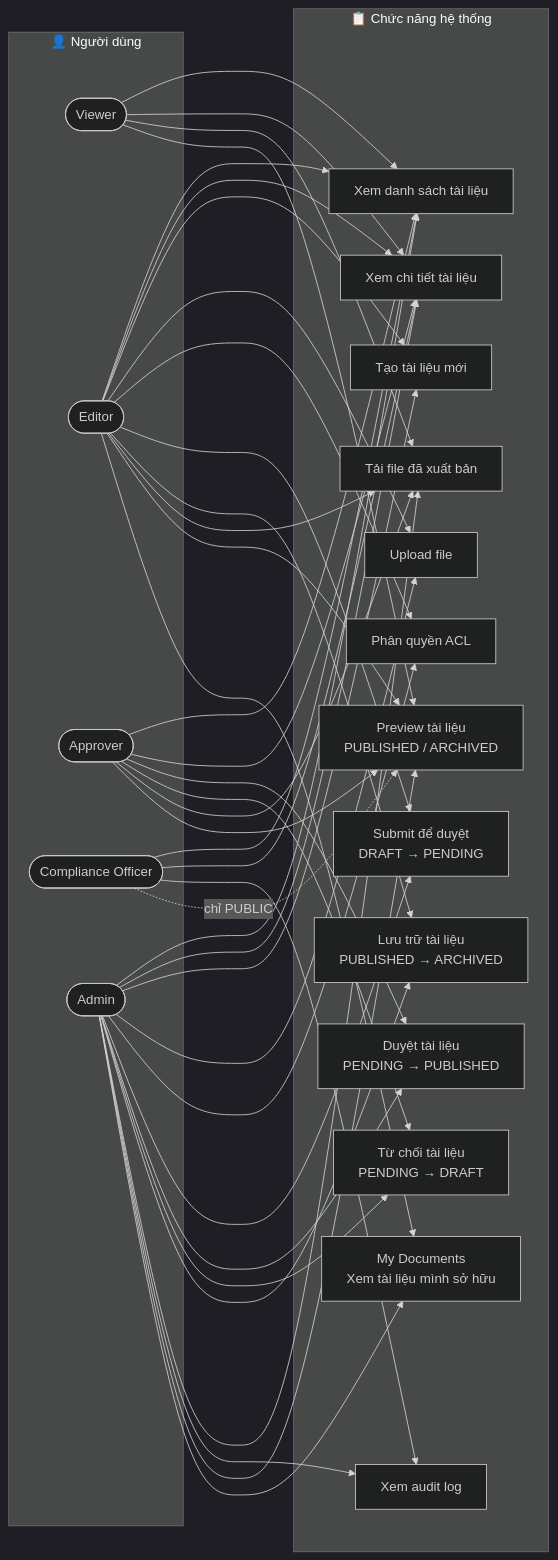
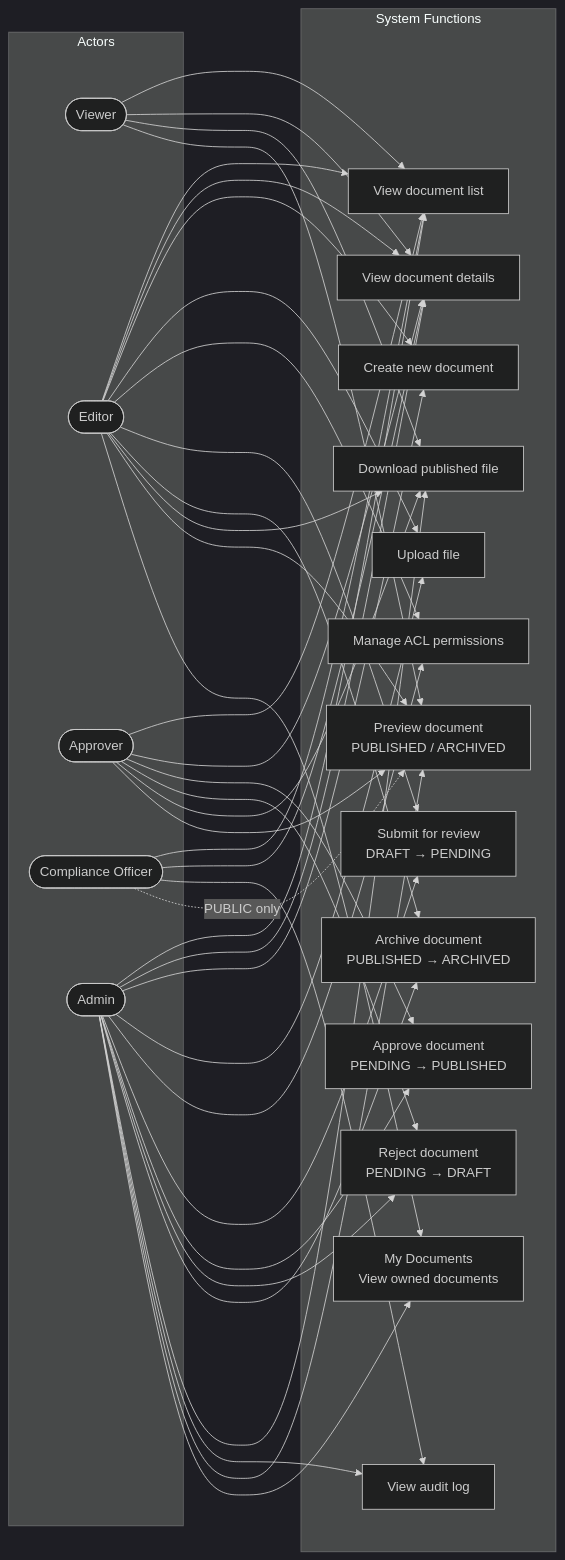
One commit to daithang59/docvault changed the third of 3 diagrams in README.md. Above: the diagram before and after it, drawn with Mermaid (dark theme). The commit also changed other lines of this file and 44 other files, not shown here.

````diff
--- a/README.md
+++ b/README.md
@@ -79,68 +79,68 @@
 ```mermaid
 flowchart LR
-    subgraph ACTORS["👤 Người dùng"]
+    subgraph ACTORS["Actors"]
         V(["Viewer"])
         E(["Editor"])
         A(["Approver"])
         CO(["Compliance Officer"])
         ADM(["Admin"])
     end
 
-    subgraph USECASES["📋 Chức năng hệ thống"]
-        UC1["Xem danh sách tài liệu"]
-        UC2["Xem chi tiết tài liệu"]
-        UC3["Tạo tài liệu mới"]
+    subgraph USECASES["System Functions"]
+        UC1["View document list"]
+        UC2["View document details"]
+        UC3["Create new document"]
         UC4["Upload file"]
-        UC5["Phân quyền ACL"]
-        UC6["Submit để duyệt\nDRAFT → PENDING"]
-        UC7["Duyệt tài liệu\nPENDING → PUBLISHED"]
-        UC8["Từ chối tài liệu\nPENDING → DRAFT"]
-        UC9["Lưu trữ tài liệu\nPUBLISHED → ARCHIVED"]
-        UC10["Tải file đã xuất bản"]
-        UC11["Xem audit log"]
-        UC12["Preview tài liệu\nPUBLISHED / ARCHIVED"]
-        UC13["My Documents\nXem tài liệu mình sở hữu"]
+        UC5["Manage ACL permissions"]
+        UC6["Submit for review\nDRAFT → PENDING"]
+        UC7["Approve document\nPENDING → PUBLISHED"]
+        UC8["Reject document\nPENDING → DRAFT"]
+        UC9["Archive document\nPUBLISHED → ARCHIVED"]
+        UC10["Download published file"]
+        UC11["View audit log"]
+        UC12["Preview document\nPUBLISHED / ARCHIVED"]
+        UC13["My Documents\nView owned documents"]
     end
 
     V --> UC1
     V --> UC2
     V --> UC10
     V --> UC12
 
     E --> UC1
     E --> UC2
     E --> UC3
     E --> UC4
     E --> UC5
     E --> UC6
     E --> UC9
     E --> UC10
     E --> UC12
     E --> UC13
 
     A --> UC1
     A --> UC2
     A --> UC7
     A --> UC8
     A --> UC10
     A --> UC12
 
     CO --> UC1
     CO --> UC2
     CO --> UC11
-    CO -.->|"chỉ PUBLIC"| UC12
+    CO -.->|"PUBLIC only"| UC12
 
     ADM --> UC1
     ADM --> UC2
     ADM --> UC3
     ADM --> UC4
     ADM --> UC5
     ADM --> UC6
     ADM --> UC7
     ADM --> UC8
     ADM --> UC9
     ADM --> UC10
     ADM --> UC11
     ADM --> UC12
     ADM --> UC13
 ```
````
